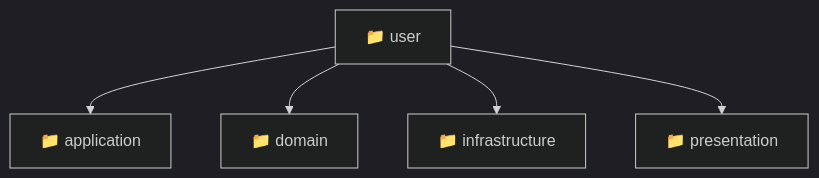
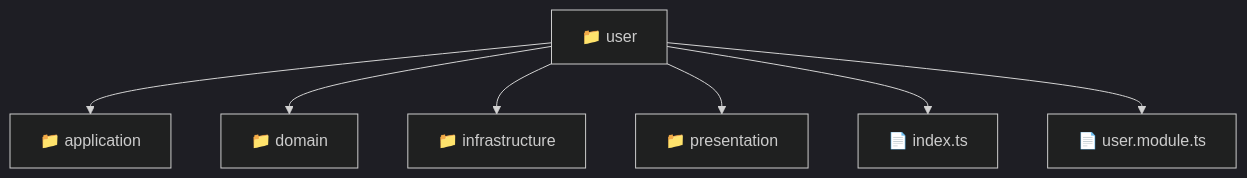
Before and after one commit to beginwebdev2002/fullstack-mavluda: the diagram in backend/src/modules/user/README.md, drawn with Mermaid (dark theme). The commit also changed other lines of this file and 157 other files, not shown here.

First line of the commit message:
docs: generate localized readmes for architectural transparency

````diff
--- a/backend/src/modules/user/README.md
+++ b/backend/src/modules/user/README.md
@@ -9,8 +11,10 @@
 ```mermaid
 graph TD
   user["📁 user"]
-  user --> application["📁 application"]
-  user --> domain["📁 domain"]
-  user --> infrastructure["📁 infrastructure"]
-  user --> presentation["📁 presentation"]
+  user --> user_application["📁 application"]
+  user --> user_domain["📁 domain"]
+  user --> user_infrastructure["📁 infrastructure"]
+  user --> user_presentation["📁 presentation"]
+  user --> user_index_ts["📄 index.ts"]
+  user --> user_user_module_ts["📄 user.module.ts"]
 ```
````
